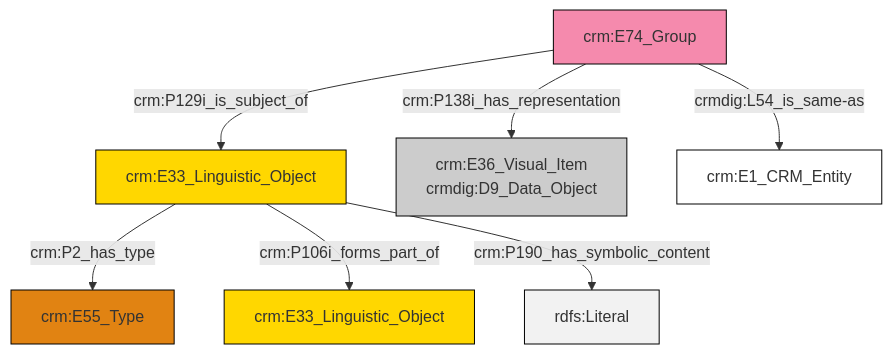
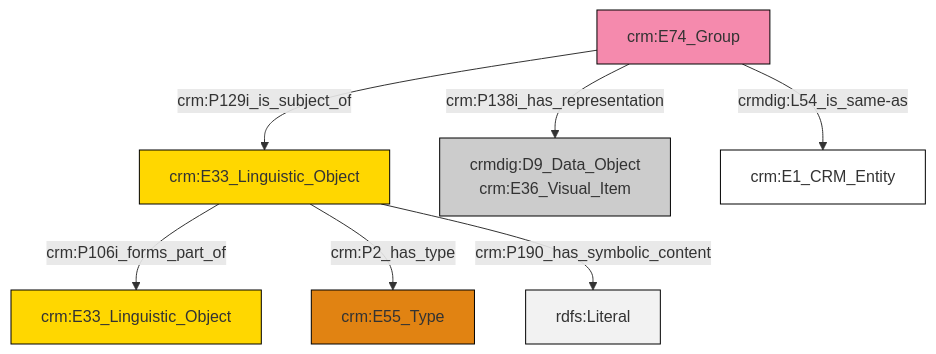
One commit to swiss-art-research-net/reference-data-models changed the diagram in et/groupCSV/ttl/mmd/group_documentation.ttl.mmd. Above: the diagram before and after it, drawn with Mermaid. The commit also changed 128 other files, not shown here.

```diff
--- a/et/groupCSV/ttl/mmd/group_documentation.ttl.mmd
+++ b/et/groupCSV/ttl/mmd/group_documentation.ttl.mmd
@@ -1,21 +1,21 @@
 graph TD
 classDef Literal fill:#f2f2f2,stroke:#000000;
 classDef CRM_Entity fill:#FFFFFF,stroke:#000000;
 classDef Temporal_Entity fill:#00C9E6, stroke:#000000;
 classDef Type fill:#E18312, stroke:#000000;
 classDef Time-Span fill:#2C9C91, stroke:#000000;
 classDef Appellation fill:#FFEB7F, stroke:#000000;
 classDef Place fill:#008836, stroke:#000000;
 classDef Persistent_Item fill:#B266B2, stroke:#000000;
 classDef Conceptual_Object fill:#FFD700, stroke:#000000;
 classDef Physical_Thing fill:#D2B48C, stroke:#000000;
 classDef Actor fill:#f58aad, stroke:#000000;
 classDef PC_Classes fill:#4ce600, stroke:#000000;
 classDef Multi fill:#cccccc,stroke:#000000;
 
-0["crm:E74_Group"]:::Actor -->|crm:P129i_is_subject_of| 1["crm:E33_Linguistic_Object"]:::Conceptual_Object
-0["crm:E74_Group"]:::Actor -->|crm:P138i_has_representation| 2["crm:E36_Visual_Item<br>crmdig:D9_Data_Object"]:::Multi
-1["crm:E33_Linguistic_Object"]:::Conceptual_Object -->|crm:P2_has_type| 3["crm:E55_Type"]:::Type
-1["crm:E33_Linguistic_Object"]:::Conceptual_Object -->|crm:P106i_forms_part_of| 10["crm:E33_Linguistic_Object"]:::Conceptual_Object
-1["crm:E33_Linguistic_Object"]:::Conceptual_Object -->|crm:P190_has_symbolic_content| 12[rdfs:Literal]:::Literal
-0["crm:E74_Group"]:::Actor -->|crmdig:L54_is_same-as| 13["crm:E1_CRM_Entity"]:::CRM_Entity
+0["crm:E33_Linguistic_Object"]:::Conceptual_Object -->|crm:P106i_forms_part_of| 1["crm:E33_Linguistic_Object"]:::Conceptual_Object
+6["crm:E74_Group"]:::Actor -->|crm:P138i_has_representation| 2["crmdig:D9_Data_Object<br>crm:E36_Visual_Item"]:::Multi
+0["crm:E33_Linguistic_Object"]:::Conceptual_Object -->|crm:P2_has_type| 4["crm:E55_Type"]:::Type
+6["crm:E74_Group"]:::Actor -->|crm:P129i_is_subject_of| 0["crm:E33_Linguistic_Object"]:::Conceptual_Object
+0["crm:E33_Linguistic_Object"]:::Conceptual_Object -->|crm:P190_has_symbolic_content| 11[rdfs:Literal]:::Literal
+6["crm:E74_Group"]:::Actor -->|crmdig:L54_is_same-as| 8["crm:E1_CRM_Entity"]:::CRM_Entity
```
